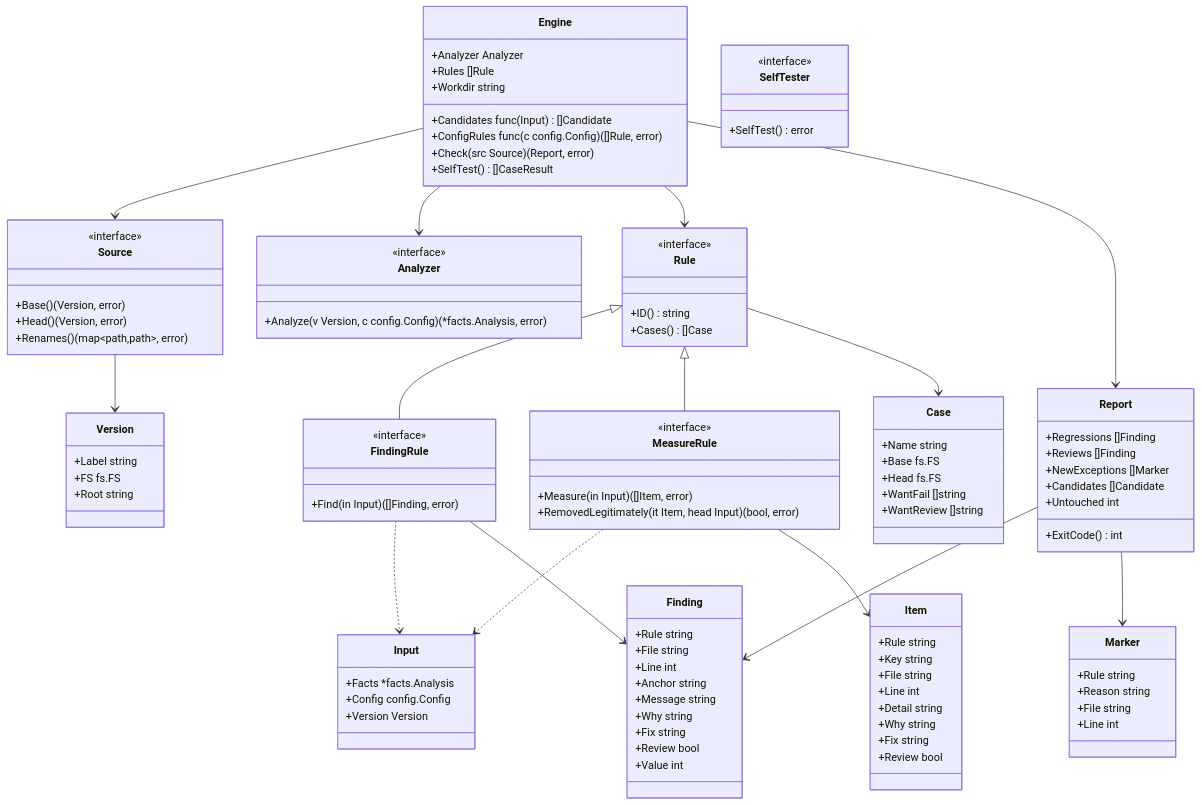
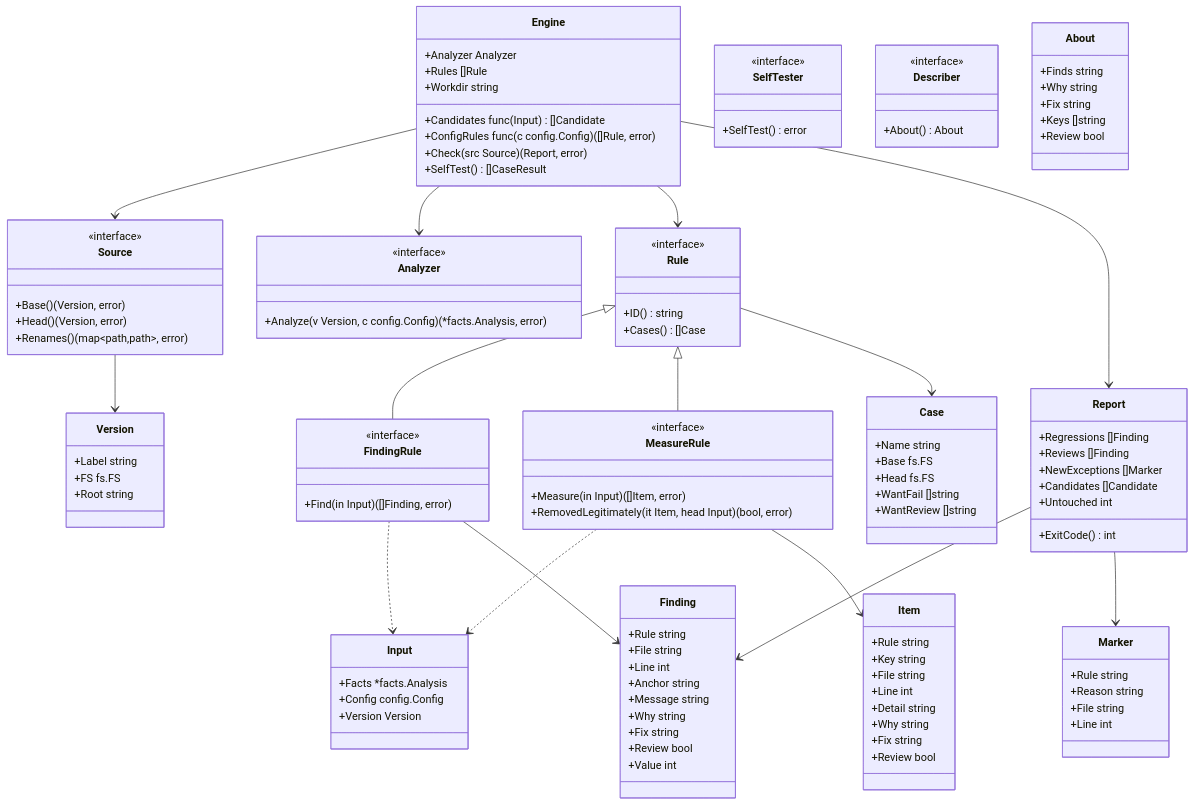
The diagram in docs/design/engine.ja.md (rerorets/hadome), drawn with Mermaid before and after one commit. The commit also changed other lines of this file and 15 other files, not shown here.

Commit message:
hadome explain <rule> says what a rule finds, why, how to fix it, and what tunes it (#15)

```diff
--- a/docs/design/engine.ja.md
+++ b/docs/design/engine.ja.md
@@ -160,6 +160,17 @@
   class SelfTester {
     <<interface>>
     +SelfTest() error
+  }
+  class Describer {
+    <<interface>>
+    +About() About
+  }
+  class About {
+    +Finds string
+    +Why string
+    +Fix string
+    +Keys []string
+    +Review bool
   }
   class Rule {
     <<interface>>
```
